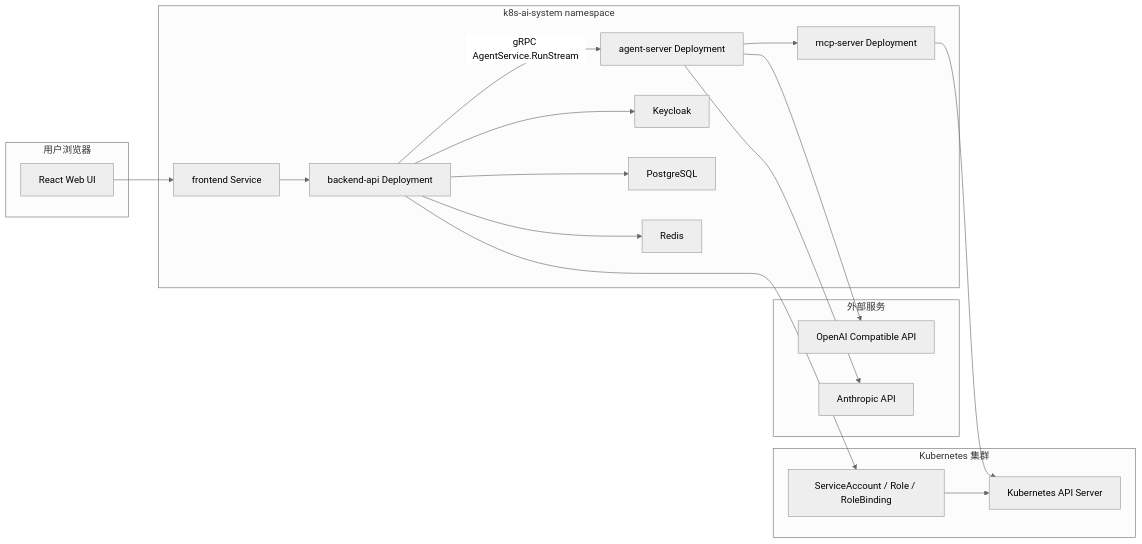
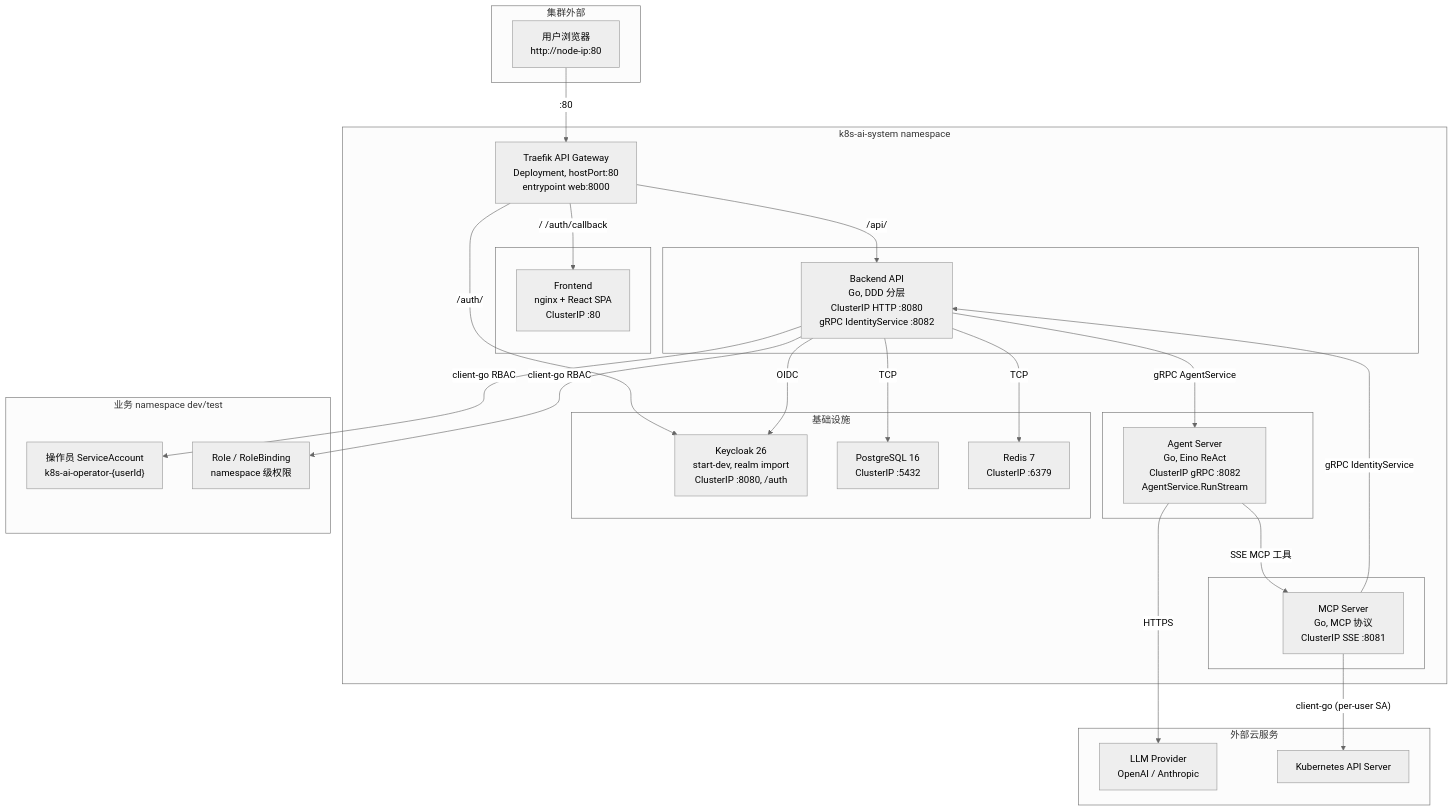
Before and after one commit to ZhaoXiangHeng/k8s-agent: the first of 2 diagrams in docs/architecture/system-architecture.md, drawn with Mermaid (neutral theme). The commit also changed other lines of this file and 91 other files, not shown here.

````diff
--- a/docs/architecture/system-architecture.md
+++ b/docs/architecture/system-architecture.md
@@ -5,39 +9,60 @@
 ```mermaid
-flowchart LR
-  subgraph Browser["用户浏览器"]
-    UI["React Web UI"]
+flowchart TD
+  subgraph External["集群外部"]
+    Browser["用户浏览器<br/>http://node-ip:80"]
   end
 
-  subgraph Platform["k8s-ai-system namespace"]
-    FE["frontend Service"]
-    API["backend-api Deployment"]
-    Agent["agent-server Deployment"]
-    MCP["mcp-server Deployment"]
-    KC["Keycloak"]
-    PG["PostgreSQL"]
-    Redis["Redis"]
+  subgraph SystemNS["k8s-ai-system namespace"]
+    Traefik["Traefik API Gateway<br/>Deployment, hostPort:80<br/>entrypoint web:8000"]
+
+    subgraph FE[" "]
+      Frontend["Frontend<br/>nginx + React SPA<br/>ClusterIP :80"]
+    end
+
+    subgraph BE[" "]
+      BackendAPI["Backend API<br/>Go, DDD 分层<br/>ClusterIP HTTP :8080<br/>gRPC IdentityService :8082"]
+    end
+
+    subgraph AS[" "]
+      AgentServer["Agent Server<br/>Go, Eino ReAct<br/>ClusterIP gRPC :8082<br/>AgentService.RunStream"]
+    end
+
+    subgraph MCP[" "]
+      MCPServer["MCP Server<br/>Go, MCP 协议<br/>ClusterIP SSE :8081"]
+    end
+
+    subgraph Infra["基础设施"]
+      Keycloak["Keycloak 26<br/>start-dev, realm import<br/>ClusterIP :8080, /auth"]
+      PostgreSQL["PostgreSQL 16<br/>ClusterIP :5432"]
+      Redis["Redis 7<br/>ClusterIP :6379"]
+    end
   end
 
-  subgraph External["外部服务"]
-    OpenAI["OpenAI Compatible API"]
-    Anthropic["Anthropic API"]
+  subgraph BizNS["业务 namespace dev/test"]
+    SA["操作员 ServiceAccount<br/>k8s-ai-operator-{userId}"]
+    Role["Role / RoleBinding<br/>namespace 级权限"]
   end
 
-  subgraph Cluster["Kubernetes 集群"]
-    K8S["Kubernetes API Server"]
-    RBAC["ServiceAccount / Role / RoleBinding"]
+  subgraph Cloud["外部云服务"]
+    LLM["LLM Provider<br/>OpenAI / Anthropic"]
+    K8SAPI["Kubernetes API Server"]
   end
 
-  UI --> FE
-  FE --> API
-  API --> KC
-  API --> PG
-  API --> Redis
-  API -->|"gRPC AgentService.RunStream"| Agent
-  Agent --> OpenAI
-  Agent --> Anthropic
-  Agent --> MCP
-  MCP --> K8S
-  API --> RBAC
-  RBAC --> K8S
+  Browser -->|":80"| Traefik
+  Traefik -->|"/ /auth/callback"| Frontend
+  Traefik -->|"/api/"| BackendAPI
+  Traefik -->|"/auth/"| Keycloak
+
+  BackendAPI -->|"gRPC AgentService"| AgentServer
+  BackendAPI -->|"TCP"| PostgreSQL
+  BackendAPI -->|"TCP"| Redis
+  BackendAPI -->|"OIDC"| Keycloak
+  BackendAPI -->|"client-go RBAC"| SA
+  BackendAPI -->|"client-go RBAC"| Role
+
+  AgentServer -->|"SSE MCP 工具"| MCPServer
+  AgentServer -->|"HTTPS"| LLM
+
+  MCPServer -->|"gRPC IdentityService"| BackendAPI
+  MCPServer -->|"client-go (per-user SA)"| K8SAPI
 ```
````
